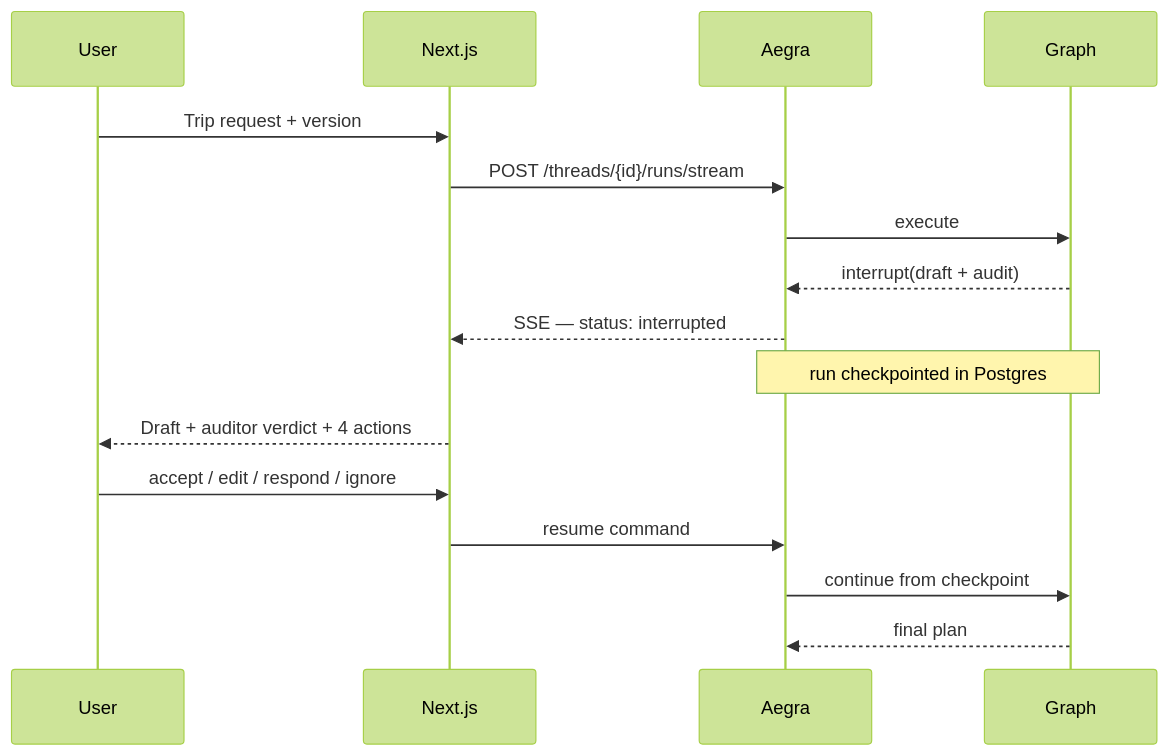
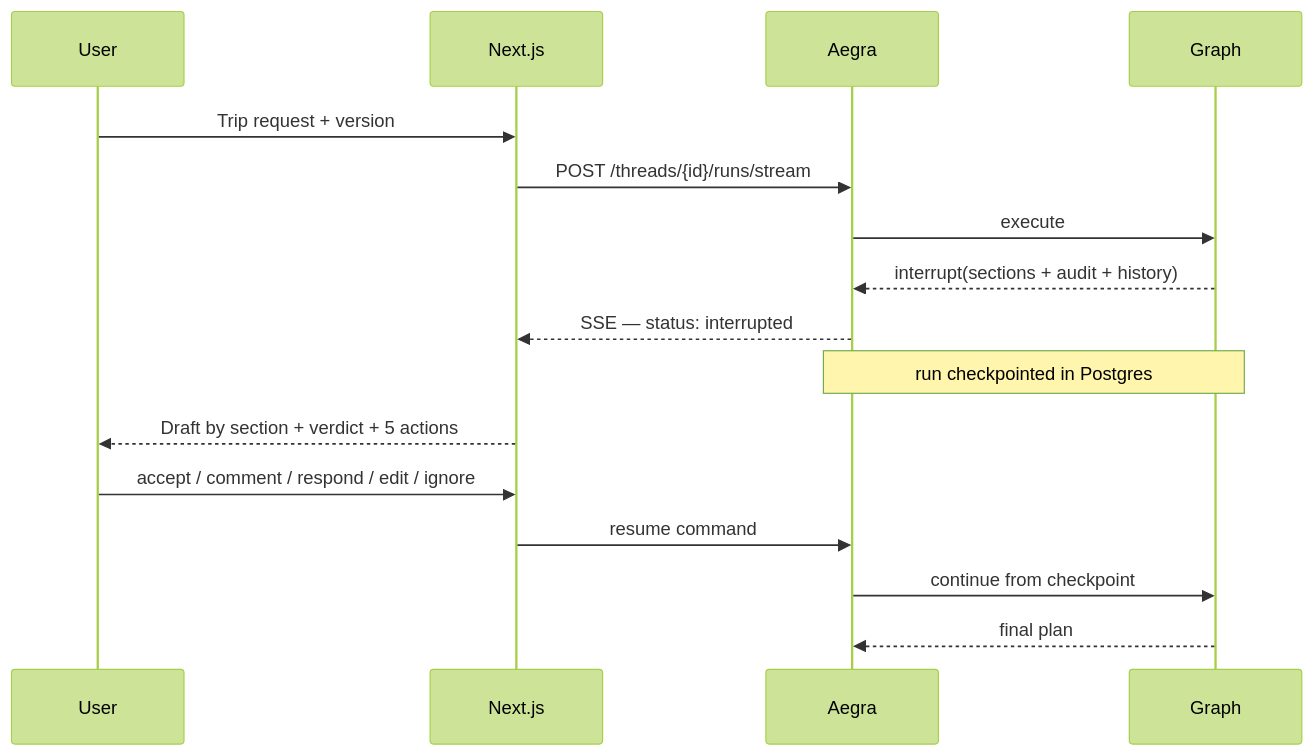
One commit to adarshcod30/Travel-Planner-Agent changed the third of 3 diagrams in README.md. Above: the diagram before and after it, drawn with Mermaid (forest theme). The commit also changed other lines of this file and 21 other files, not shown here.

````diff
--- a/README.md
+++ b/README.md
@@ -120,18 +120,18 @@
 ```mermaid
 sequenceDiagram
     participant U as User
     participant UI as Next.js
     participant A as Aegra
     participant G as Graph
     U->>UI: Trip request + version
     UI->>A: POST /threads/{id}/runs/stream
     A->>G: execute
-    G-->>A: interrupt(draft + audit)
+    G-->>A: interrupt(sections + audit + history)
     A-->>UI: SSE — status: interrupted
     Note over A,G: run checkpointed in Postgres
-    UI-->>U: Draft + auditor verdict + 4 actions
-    U->>UI: accept / edit / respond / ignore
+    UI-->>U: Draft by section + verdict + 5 actions
+    U->>UI: accept / comment / respond / edit / ignore
     UI->>A: resume command
     A->>G: continue from checkpoint
     G-->>A: final plan
 ```
````
